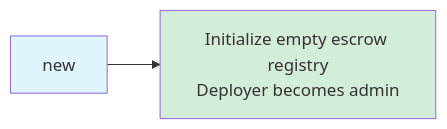
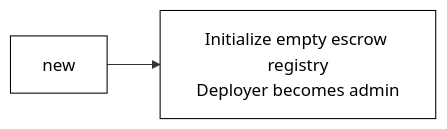
The first of 13 diagrams in payment_escrow/README.md (PolkaMesh/PolkaMesh-Contracts), drawn with Mermaid before and after one commit. The commit also changed other lines of this file and 4 other files, not shown here.

````diff
--- a/payment_escrow/README.md
+++ b/payment_escrow/README.md
@@ -12,6 +12,6 @@
 ```mermaid
 graph LR
     A[new] --> B[Initialize empty escrow registry<br/>Deployer becomes admin]
-    style A fill:#e1f5ff
-    style B fill:#d4edda
+    style A fill:#ffffff,stroke:#000000,color:#000000
+    style B fill:#ffffff,stroke:#000000,color:#000000
 ```
````
